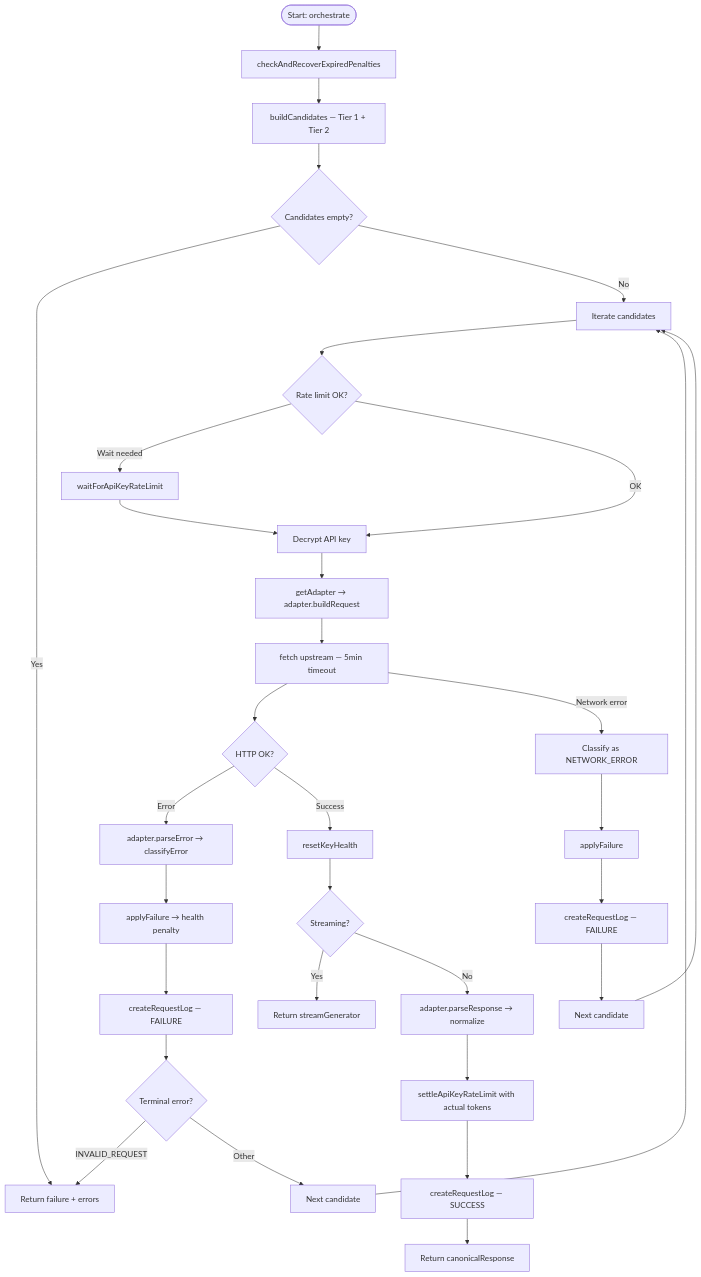
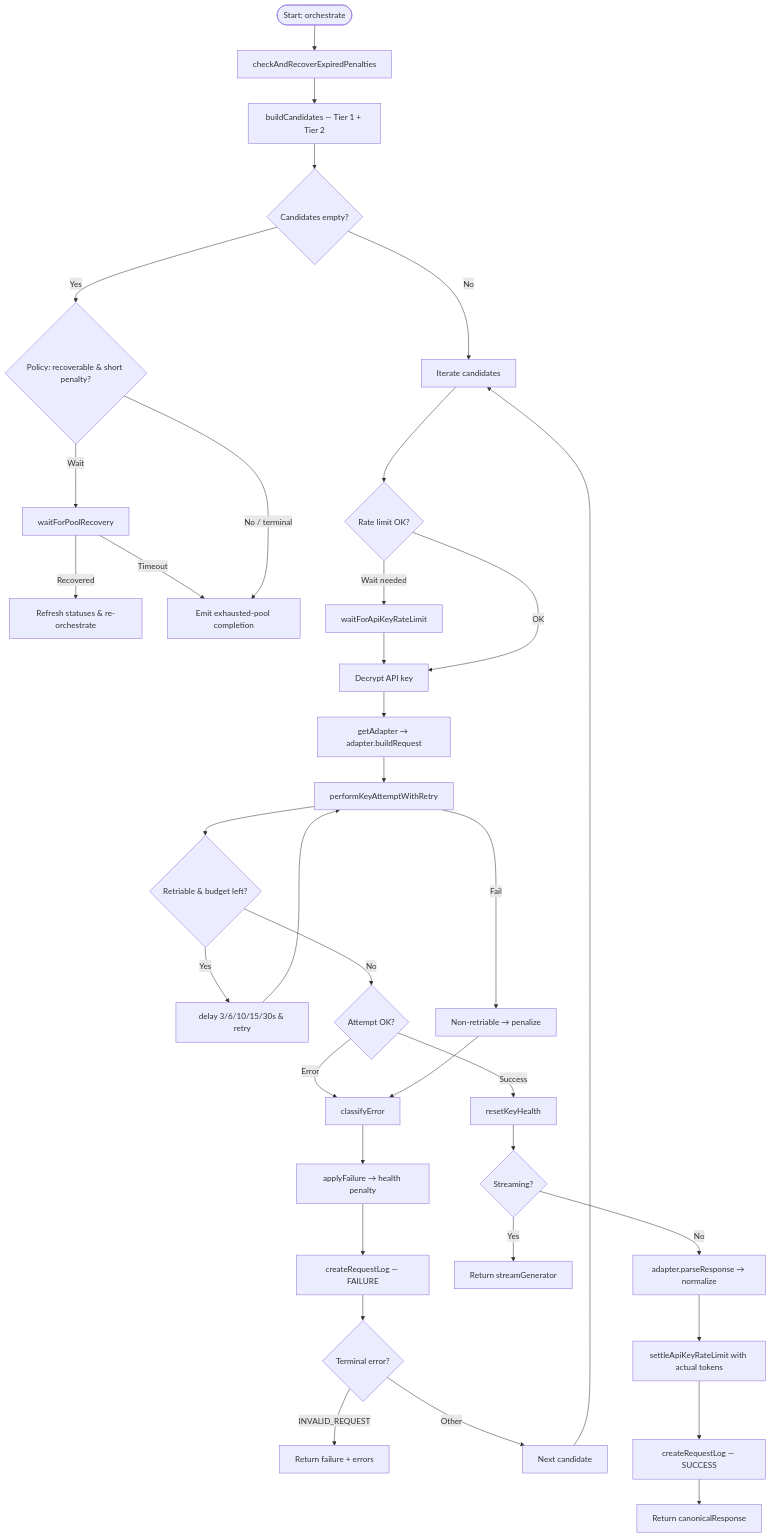
The second of 4 diagrams in docs/current-architecture/02-engine-architecture.md (dananjayahbi/Local-Multi-Provider-LLM-Router), drawn with Mermaid before and after one commit. The commit also changed other lines of this file and 13 other files, not shown here.

````diff
--- a/docs/current-architecture/02-engine-architecture.md
+++ b/docs/current-architecture/02-engine-architecture.md
@@ -242,40 +242,47 @@
 ```mermaid
 flowchart TD
     START([Start: orchestrate]) --> RECOVER[checkAndRecoverExpiredPenalties]
     RECOVER --> BUILD[buildCandidates — Tier 1 + Tier 2]
     BUILD --> CHECK_EMPTY{Candidates empty?}
-    CHECK_EMPTY -->|Yes| FAIL_RETURN[Return failure + errors]
+    CHECK_EMPTY -->|Yes| POLICY{Policy: recoverable & short penalty?}
     CHECK_EMPTY -->|No| LOOP_START[Iterate candidates]
+
+    POLICY -->|Wait| WAIT_REC[waitForPoolRecovery]
+    WAIT_REC -->|Recovered| RECURSE[Refresh statuses & re-orchestrate]
+    WAIT_REC -->|Timeout| EXHAUST[Emit exhausted-pool completion]
+
+    POLICY -->|No / terminal| EXHAUST
 
     LOOP_START --> RATE_CHECK{Rate limit OK?}
     RATE_CHECK -->|Wait needed| WAIT[waitForApiKeyRateLimit]
     WAIT --> DECRYPT
     RATE_CHECK -->|OK| DECRYPT[Decrypt API key]
     
     DECRYPT --> ADAPTER[getAdapter → adapter.buildRequest]
-    ADAPTER --> FETCH[fetch upstream — 5min timeout]
+    ADAPTER --> ATTEMPT[performKeyAttemptWithRetry]
     
-    FETCH --> HTTP_CHECK{HTTP OK?}
-    HTTP_CHECK -->|Error| CLASSIFY[adapter.parseError → classifyError]
+    ATTEMPT --> RETRY_OK{Retriable & budget left?}
+    RETRY_OK -->|Yes| BACKOFF[delay 3/6/10/15/30s & retry]
+    RETRY_OK -->|No| HTTP_CHECK{Attempt OK?}
+
+    BACKOFF --> ATTEMPT
+
+    ATTEMPT -->|Fail| NONGEN[Non-retriable → penalize]
+    HTTP_CHECK -->|Error| CLASSIFY[classifyError]
+    NONGEN --> CLASSIFY
     CLASSIFY --> PENALTY[applyFailure → health penalty]
     PENALTY --> LOG_FAIL[createRequestLog — FAILURE]
     LOG_FAIL --> TERMINAL{Terminal error?}
-    TERMINAL -->|INVALID_REQUEST| FAIL_RETURN
+    TERMINAL -->|INVALID_REQUEST| FAIL_RETURN[Return failure + errors]
     TERMINAL -->|Other| NEXT1[Next candidate]
     NEXT1 --> LOOP_START
 
     HTTP_CHECK -->|Success| RESET[resetKeyHealth]
     RESET --> STREAM_CHECK{Streaming?}
     
     STREAM_CHECK -->|Yes| STREAM[Return streamGenerator]
     STREAM_CHECK -->|No| PARSE[adapter.parseResponse → normalize]
     PARSE --> SETTLE[settleApiKeyRateLimit with actual tokens]
     SETTLE --> LOG_OK[createRequestLog — SUCCESS]
     LOG_OK --> SUCCESS_RETURN[Return canonicalResponse]
-
-    FETCH -->|Network error| NET_ERR[Classify as NETWORK_ERROR]
-    NET_ERR --> NET_PENALTY[applyFailure]
-    NET_PENALTY --> LOG_NET[createRequestLog — FAILURE]
-    LOG_NET --> NEXT2[Next candidate]
-    NEXT2 --> LOOP_START
 ```
````
